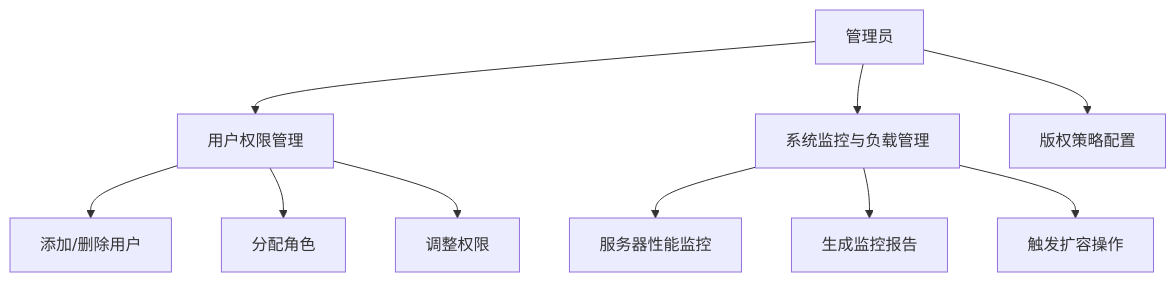
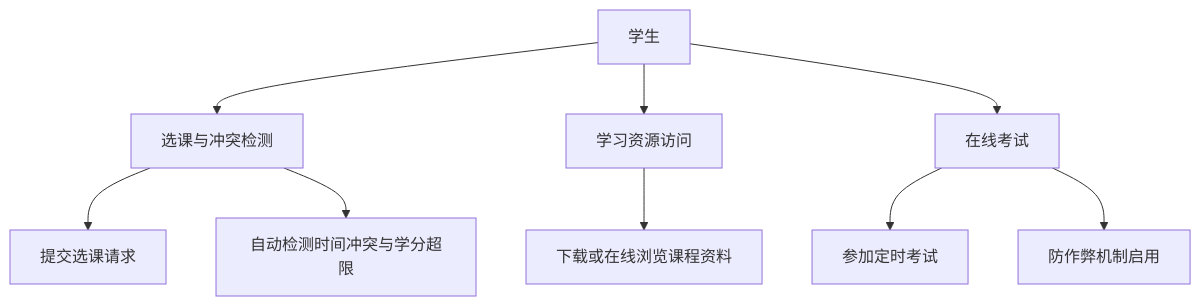
The diagram in all/未命名-4.md (YOAyes/iodraw-files), drawn with Mermaid before and after one commit.

Commit message:
2025-05-15 23:08:16 update

````diff
--- a/all/未命名-4.md
+++ b/all/未命名-4.md
@@ -1,12 +1,11 @@
 ```mermaid
 graph TD
-    A[管理员] --> B[用户权限管理]
-    A --> C[系统监控与负载管理]
-    A --> D[版权策略配置]
-    B --> B1[添加/删除用户]
-    B --> B2[分配角色]
-    B --> B3[调整权限]
-    C --> C1[服务器性能监控]
-    C --> C2[生成监控报告]
-    C --> C3[触发扩容操作]
+    S[学生] --> S1[选课与冲突检测]
+    S --> S2[学习资源访问]
+    S --> S3[在线考试]
+    S1 --> S11[提交选课请求]
+    S1 --> S12[自动检测时间冲突与学分超限]
+    S2 --> S21[下载或在线浏览课程资料]
+    S3 --> S31[参加定时考试]
+    S3 --> S32[防作弊机制启用]
 ```
````
